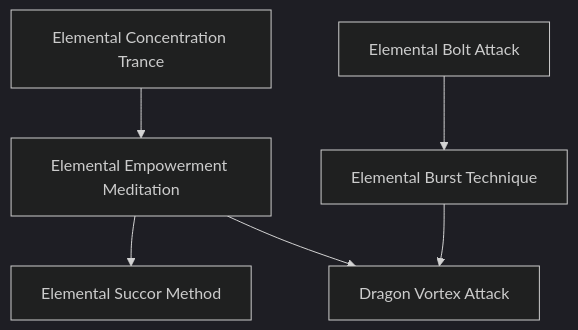
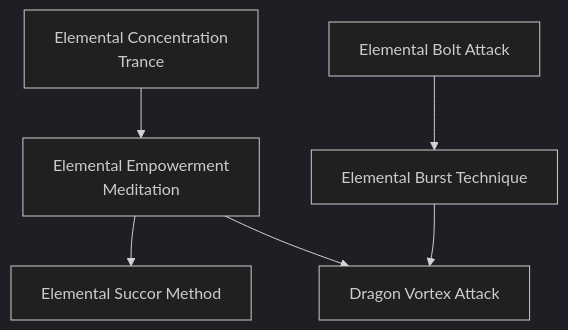
The diagram in docs/mermaid/dragon_blooded/air_lore_2.mmd (jrobichaud/exalted-charms-1e), drawn with Mermaid before and after one commit. The commit also changed 11 other files, not shown here.

```diff
--- a/docs/mermaid/dragon_blooded/air_lore_2.mmd
+++ b/docs/mermaid/dragon_blooded/air_lore_2.mmd
@@ -1,168 +1,168 @@
 ---
 config:
   theme: dark
 ---
 flowchart TD
 
-    elemental_concentration_trance[Elemental Concentration Trance]
+    elemental_concentration_trance[Elemental Concentration<br>Trance]
     click elemental_concentration_trance callback "
         Elemental Concentration Trance<br>
         <br>
         Cost: 5 motes, 1 Willpower<br>
         Duration: One day<br>
         Type: Simple<br>
         Minimum Lore: 2<br>
         Minimum Essence: 1<br>
         Prerequisite Charms: None<br>
         <br>
         This Charm is the most basic of Lore techniques
         known by the Dragon-Blooded. Through the use of this
         Charm, the character concentrates on her aligned element,
         centering herself and opening her mind. The Exalt
         can compact a week's worth of learning into a single day,
         assuming she has access to all the necessary materials. This
         Charm can be used on sequential days, but use of it for more
         days than the character's Lore skill causes one level of
         unsoakable lethal damage per day. This damage can only
         be healed by time, and it does not begin healing until one
         week after the characters suffers it.
         "
 
-    elemental_empowerment_meditation[Elemental Empowerment Meditation]
+    elemental_empowerment_meditation[Elemental Empowerment<br>Meditation]
     elemental_concentration_trance --> elemental_empowerment_meditation
     click elemental_empowerment_meditation callback "
         Elemental Empowerment Meditation<br>
         <br>
         Cost: 1+ Willpower<br>
         Duration: Instant<br>
         Type: Simple<br>
         Minimum Lore: 4<br>
         Minimum Essence: 3<br>
         Prerequisite Charms: Elemental Concentration Trance<br>
         <br>
         Proper knowledge of the Elemental Dragons allows a
         Dynast to draw energy directly from an elemental source,
         restoring depleted reserves in times of crisis.<br>
         The Elemental Empowerment Meditation requires
         the character to spend Willpower points while in contact
         with her aligned element. The character must be able to
         physically touch the element she is aligned with to draw
         Essence from it. For every point of willpower spent in this
         way, the character instantly gains Essence motes equal to
         her Lore. These motes can be spent normally.<br>
         There is a price to be paid for handling elementals
         energy in such a raw fashion. If a character spends more
         Willpower in a single day to draw elemental energy than
         her permanent Essence score, each additional use of Willpower
         to increase her Essence causes one unsoakable level
         of bashing damage.
         "
 
     elemental_succor_method[Elemental Succor Method]
     elemental_empowerment_meditation --> elemental_succor_method
     click elemental_succor_method callback "
         Elemental Succor Method<br>
         <br>
         Cost: 5 motes and 1 Willpower per lethal health level, 2 motes per bashing health level<br>
         Duration: Instant<br>
         Type: Simple<br>
         Minimum Lore: 5<br>
         Minimum Essence: 3<br>
         Prerequisite Charms: Elemental Empowerment Meditation<br>
         <br>
         In addition to providing raw energy, a Dynast's
         connection to the Elemental Dragons can be a source of
         great resilience and strength in desperate times. Elemental
         Succor Method lets a Dragon-Blood tap into
         the elemental energy of the Dragons to restore her body,
         healing her injuries. That character must be able to
         immerse herself in her favored element to the greatest
         degree possible (standing in a burning fire, submerged
         in water, etc.) and must spend 5 motes and 1 Willpower
         for every lethal health level to be healed of 2 motes per
         bashing health level to be healed. The Elemental Succor
         Method will not restore lost limbs or repair other
         such mutilations.
         "
 
     elemental_bolt_attack[Elemental Bolt Attack]
     click elemental_bolt_attack callback "
         Elemental Bolt Attack<br>
         <br>
         Cost: 1 mote per 2L damage<br>
         Duration: Instant<br>
         Type: Simple<br>
         Minimum Lore: 2<br>
         Minimum Essence: 2<br>
         Prerequisite Charms: None<br>
         <br>
         The character extends her hand, and a bolt of elemental
         force flashes forth from it — a shaft of ice, a blast
         of fire, a barbed wooden javelin, a stroke of lightning or
         slashing shards of crystal. The character's player rolls
         Dexterity + Athletics or Archery (whichever she prefers)
         to hit. This attack has a range of 20 yards x the character's
         permanent Essence, and it does a base damage of 2L for
         every mote of Essence spent. The accuracy of the attack
         is equal to the character's Essence. A character cannot
         spend more motes on this Charm than her Stamina.
         "
 
     elemental_burst_technique[Elemental Burst Technique]
     elemental_bolt_attack --> elemental_burst_technique
     click elemental_burst_technique callback "
         Elemental Burst Technique<br>
         <br>
         Cost: 1 more per IL damage<br>
         Duration: Instant<br>
         Type: Simple<br>
         Minimum Lore: 3<br>
         Minimum Essence: 2<br>
         Prerequisite Charms: Elemental Bolt Attack
         <br>
         This Charm has effects similar to Elemental Bolt
         Attack but it creates a blast of elemental power rather
         than hurling a bolt. The character's player rolls Dexterity
         Athletics or Archery (whichever he prefers) to hit,
         with an accuracy bonus equal to the character's permanent
         Essence. This attack has a range increment of 20
         yards x the character's permanent Essence. The Elemental
         Burst Technique affects a circular area with a radius
         equal to the character's permanent Essence in yards.
         Anyone in that area who fails to dodge or parry the attack
         takes a base damage of 1L for every more the Dragon-Blooded
         invested in the Charm.
         "
 
     dragon_vortex_attack[Dragon Vortex Attack]
     elemental_empowerment_meditation --> dragon_vortex_attack
     elemental_burst_technique --> dragon_vortex_attack
     click dragon_vortex_attack callback "
         Dragon Vortex Attack<br>
         <br>
         Cost: 10 motes, 1 Willpower<br>
         Duration: One scene<br>
         Type: Simple<br>
         Minimum Lore: 5<br>
         Minimum Essence: 4<br>
         Prerequisite Charms: Elemental Empowerment Meditation, Element Burst Technique<br>
         <br>
         Rather than just summoning a temporary damaging
         burst of elemental energy, this Charm creates a deadly
         maelstrom of the character's elemental aspect. Whether it
         is a sudden rain of fire, a roiling whirlwind of air or a
         grinding cloud of stone and earth, all within the area of
         effect suffer the character's wrath.<br>
         Anyone in the area of the Dragon Vortex Attack,
         other than the character who summoned it, takes lethal
         damage equal to the character's Essence every turn, as she
         is battered by flying shards of stone, sliced by razor-thin ice
         crystals, burned by swirling gouts of flame, and so on. This
         damage cannot be dodged or parried. The Dragon-Blooded
         who created it is exempt from these effects, and may act
         normally in all respects. The Dragon Vortex extends 10
         feet from the character per point of his permanent Essence.
         It is stationary once invoked, and not even the character
         can voluntarily terminate it before its duration expires,
         although killing the character will end it.
         "
```
